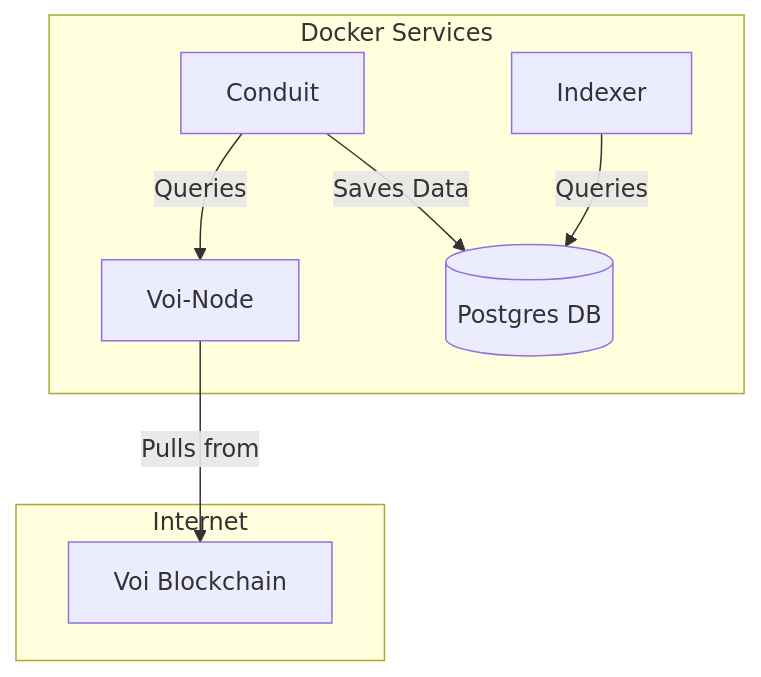
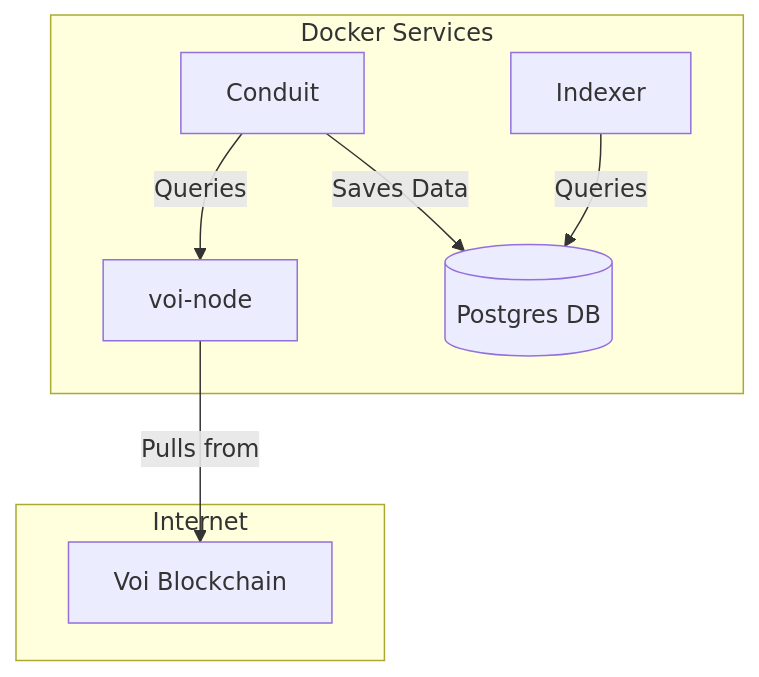
One commit to VoiNetwork/voi-examples changed the diagram in indexer/indexer-docker-compose.md. Above: the diagram before and after it, drawn with Mermaid. The commit also changed other lines of this file, not shown here.

````diff
--- a/indexer/indexer-docker-compose.md
+++ b/indexer/indexer-docker-compose.md
@@ -12,13 +13,13 @@
 ```mermaid
 graph TD;
     subgraph Internet
         VoiBlockchain[Voi Blockchain]
     end
 
     subgraph Docker Services
-        VoiNode[Voi-Node] -->|Pulls from| VoiBlockchain
+        VoiNode[voi-node] -->|Pulls from| VoiBlockchain
         Conduit[Conduit] -->|Queries| VoiNode
         Conduit -->|Saves Data| PostgresDB[(Postgres DB)]
         Indexer[Indexer] -->|Queries| PostgresDB
     end
 ```
````
